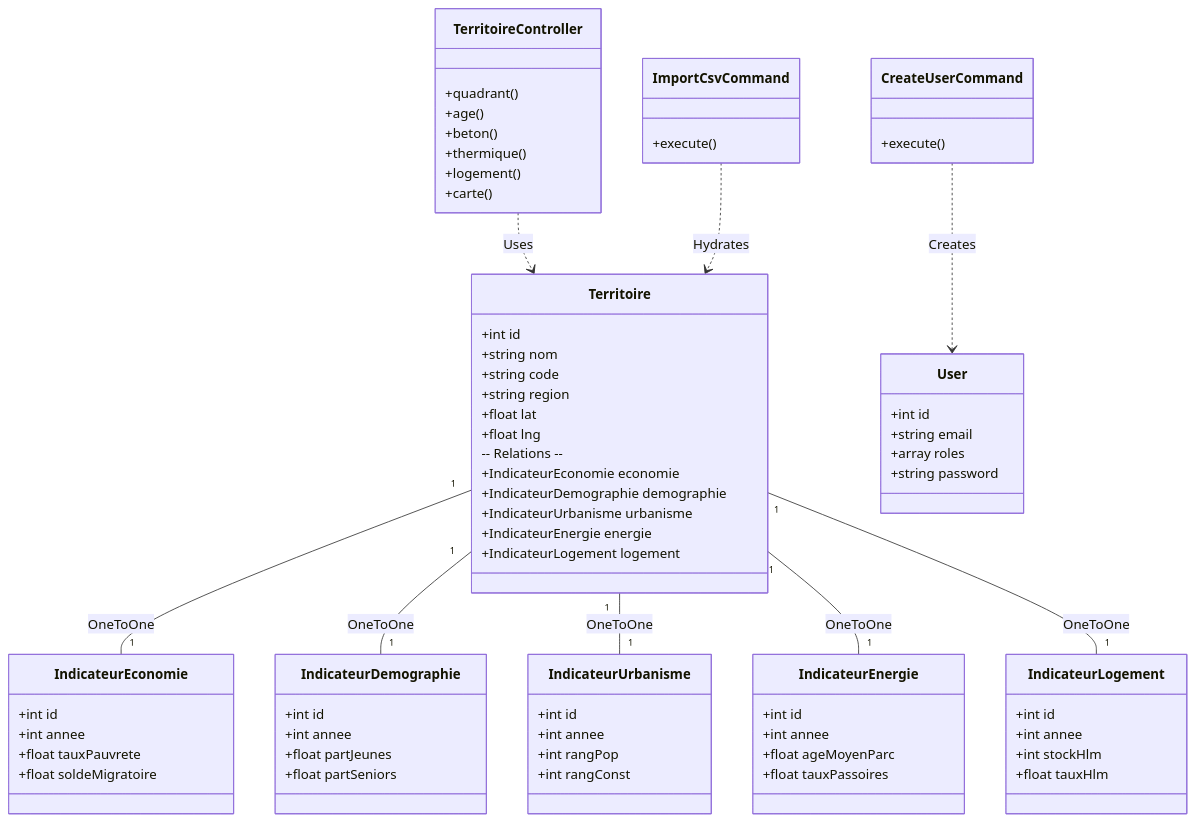
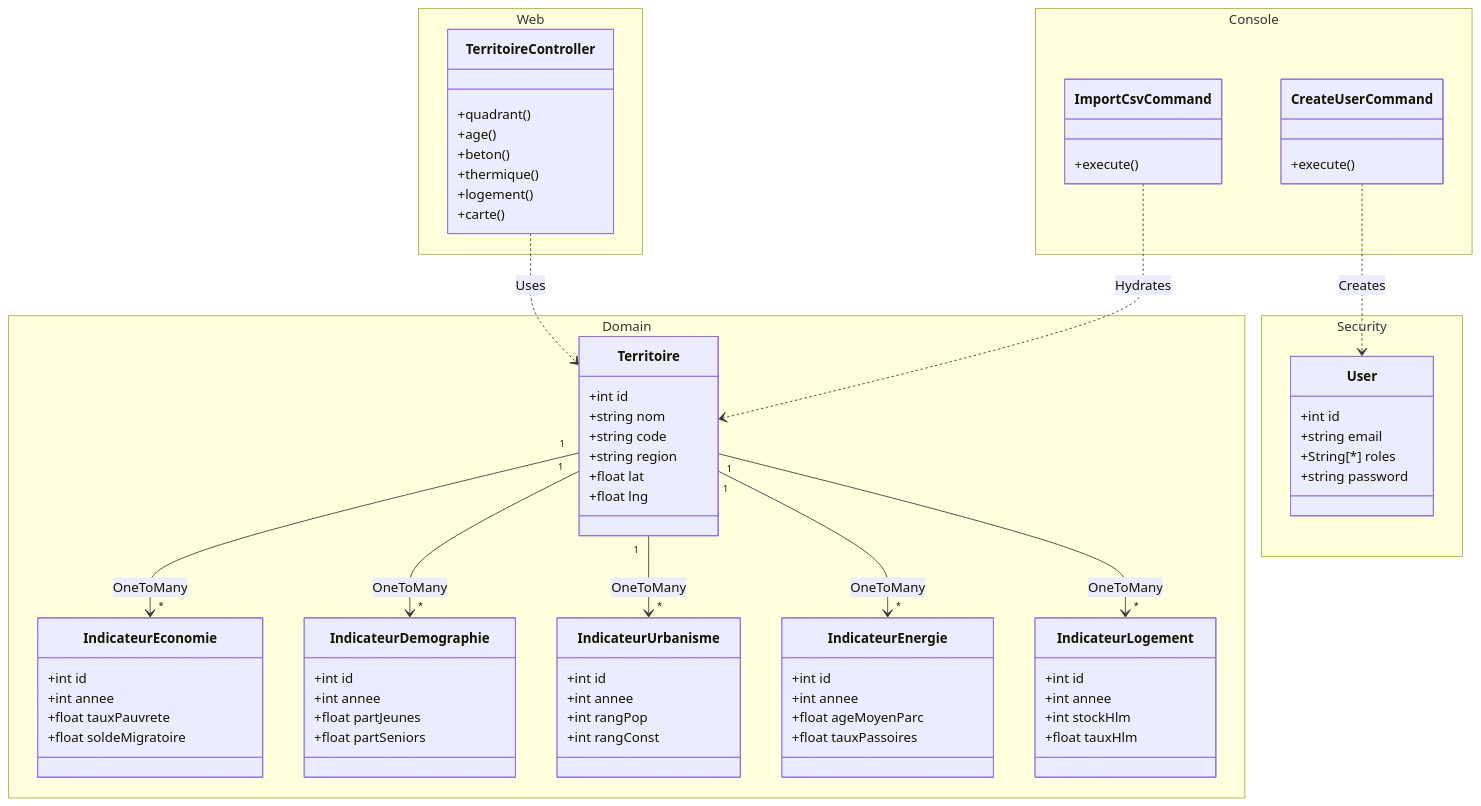
Before and after one commit to zoaavela/dataVizApp: the diagram in shared/classDiagram.mmd, drawn with Mermaid.

Commit message:
SHARED : UPDATE Diagramme de classes

```diff
--- a/shared/classDiagram.mmd
+++ b/shared/classDiagram.mmd
@@ -1,85 +1,82 @@
 classDiagram
-    %% Core Entity
-    class Territoire {
-        +int id
-        +string nom
-        +string code
-        +string region
-        +float lat
-        +float lng
-        -- Relations --
-        +IndicateurEconomie economie
-        +IndicateurDemographie demographie
-        +IndicateurUrbanisme urbanisme
-        +IndicateurEnergie energie
-        +IndicateurLogement logement
+    namespace Domain {
+        class Territoire {
+            +int id
+            +string nom
+            +string code
+            +string region
+            +float lat
+            +float lng
+        }
+        class IndicateurEconomie {
+            +int id
+            +int annee
+            +float tauxPauvrete
+            +float soldeMigratoire
+        }
+        class IndicateurDemographie {
+            +int id
+            +int annee
+            +float partJeunes
+            +float partSeniors
+        }
+        class IndicateurUrbanisme {
+            +int id
+            +int annee
+            +int rangPop
+            +int rangConst
+        }
+        class IndicateurEnergie {
+            +int id
+            +int annee
+            +float ageMoyenParc
+            +float tauxPassoires
+        }
+        class IndicateurLogement {
+            +int id
+            +int annee
+            +int stockHlm
+            +float tauxHlm
+        }
     }
 
-    %% Modules
-    class IndicateurEconomie {
-        +int id
-        +int annee
-        +float tauxPauvrete
-        +float soldeMigratoire
-    }
-    class IndicateurDemographie {
-        +int id
-        +int annee
-        +float partJeunes
-        +float partSeniors
-    }
-    class IndicateurUrbanisme {
-        +int id
-        +int annee
-        +int rangPop
-        +int rangConst
-    }
-    class IndicateurEnergie {
-        +int id
-        +int annee
-        +float ageMoyenParc
-        +float tauxPassoires
-    }
-    class IndicateurLogement {
-        +int id
-        +int annee
-        +int stockHlm
-        +float tauxHlm
+    namespace Security {
+        class User {
+            +int id
+            +string email
+            +String[*] roles
+            +string password
+        }
     }
 
-    %% Security Entity
-    class User {
-        +int id
-        +string email
-        +array roles
-        +string password
+    namespace Web {
+        class TerritoireController {
+            +quadrant()
+            +age()
+            +beton()
+            +thermique()
+            +logement()
+            +carte()
+        }
     }
 
-    %% Logic / Services
-    class TerritoireController {
-        +quadrant()
-        +age()
-        +beton()
-        +thermique()
-        +logement()
-        +carte()
-    }
-
-    class ImportCsvCommand {
-        +execute()
-    }
-
-    class CreateUserCommand {
-        +execute()
+    namespace Console {
+        class ImportCsvCommand {
+            +execute()
+        }
+        class CreateUserCommand {
+            +execute()
+        }
     }
 
     %% Relationships
-    Territoire "1" -- "1" IndicateurEconomie : OneToOne
-    Territoire "1" -- "1" IndicateurDemographie : OneToOne
-    Territoire "1" -- "1" IndicateurUrbanisme : OneToOne
-    Territoire "1" -- "1" IndicateurEnergie : OneToOne
-    Territoire "1" -- "1" IndicateurLogement : OneToOne
+    Territoire "1" --> "*" IndicateurEconomie : OneToMany
+    Territoire "1" --> "*" IndicateurDemographie : OneToMany
+    Territoire "1" --> "*" IndicateurUrbanisme : OneToMany
+    Territoire "1" --> "*" IndicateurEnergie : OneToMany
+    Territoire "1" --> "*" IndicateurLogement : OneToMany
 
+    %% Dependencies
     TerritoireController ..> Territoire : Uses
     ImportCsvCommand ..> Territoire : Hydrates
     CreateUserCommand ..> User : Creates
```
